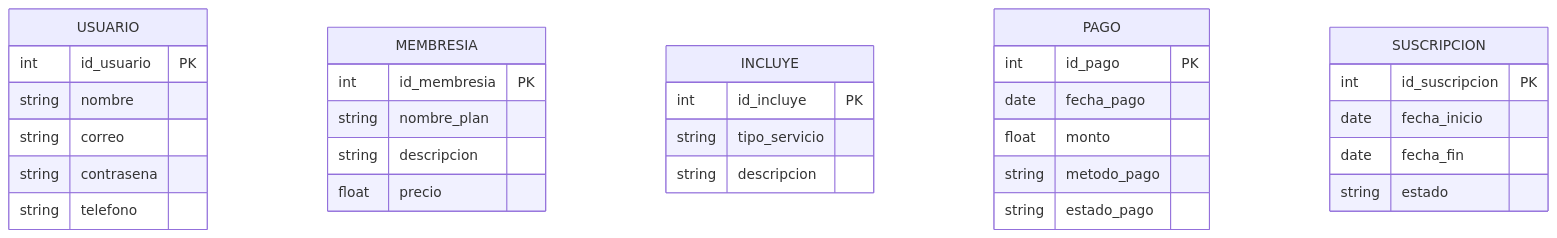
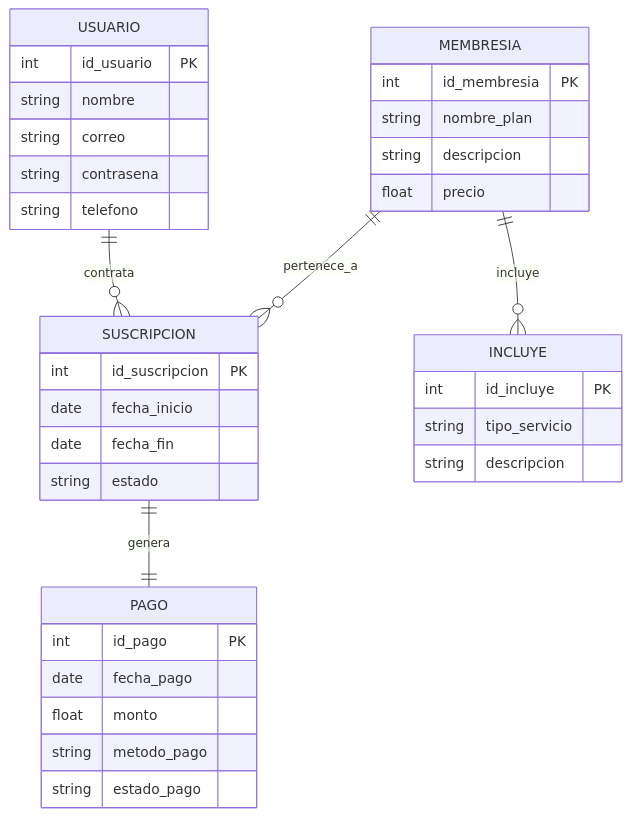
Before and after one commit to monica-ry/cbtis47-db-membre: the diagram in docs/erd_diagram.mmd, drawn with Mermaid. The commit also changed other lines of this file, not shown here.

Commit message:
Update ER diagram for membership system

````diff
--- a/docs/erd_diagram.mmd
+++ b/docs/erd_diagram.mmd
@@ -2,38 +1,43 @@
 ```mermaid
 erDiagram
     USUARIO {
         int id_usuario PK
         string nombre
         string correo
         string contrasena
         string telefono
     }
 
     MEMBRESIA {
         int id_membresia PK
         string nombre_plan
         string descripcion
         float precio
     }
 
     INCLUYE {
         int id_incluye PK
         string tipo_servicio
         string descripcion
     }
 
     PAGO {
         int id_pago PK
         date fecha_pago
         float monto
         string metodo_pago
         string estado_pago
     }
 
     SUSCRIPCION {
         int id_suscripcion PK
         date fecha_inicio
         date fecha_fin
         string estado
     }
+
+    USUARIO ||--o{ SUSCRIPCION : contrata
+    MEMBRESIA ||--o{ SUSCRIPCION : pertenece_a
+    MEMBRESIA ||--o{ INCLUYE : incluye
+    SUSCRIPCION ||--|| PAGO : genera
 ```
````
